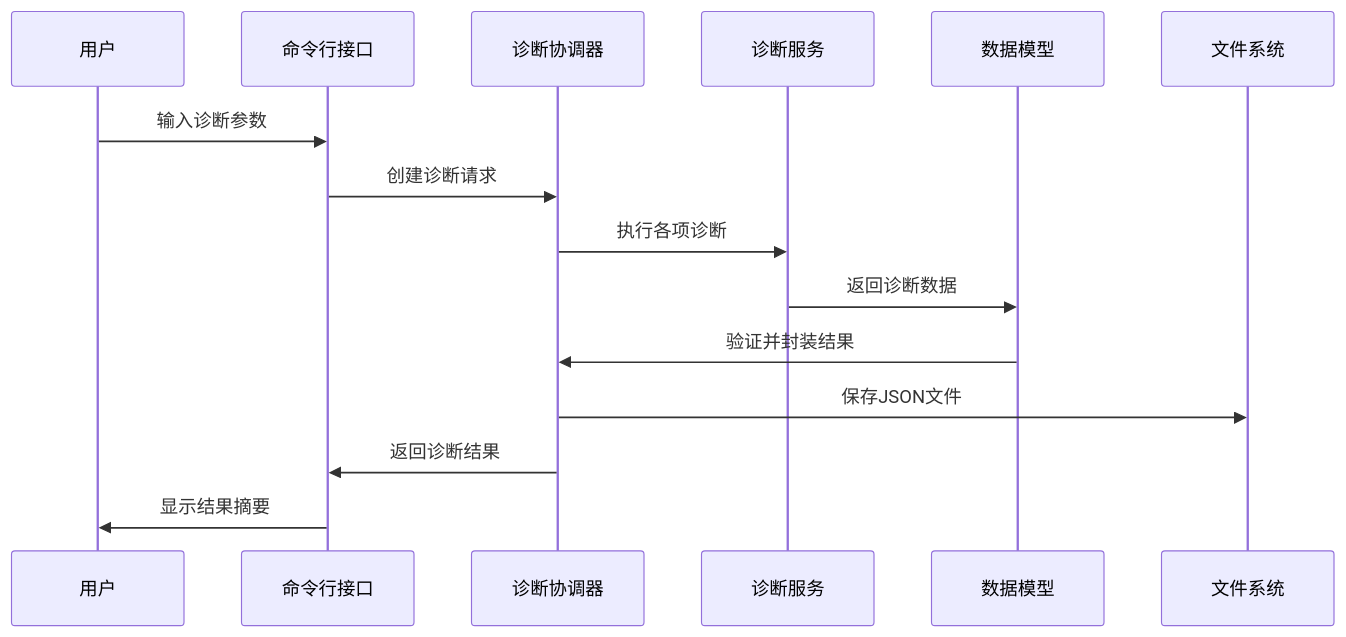
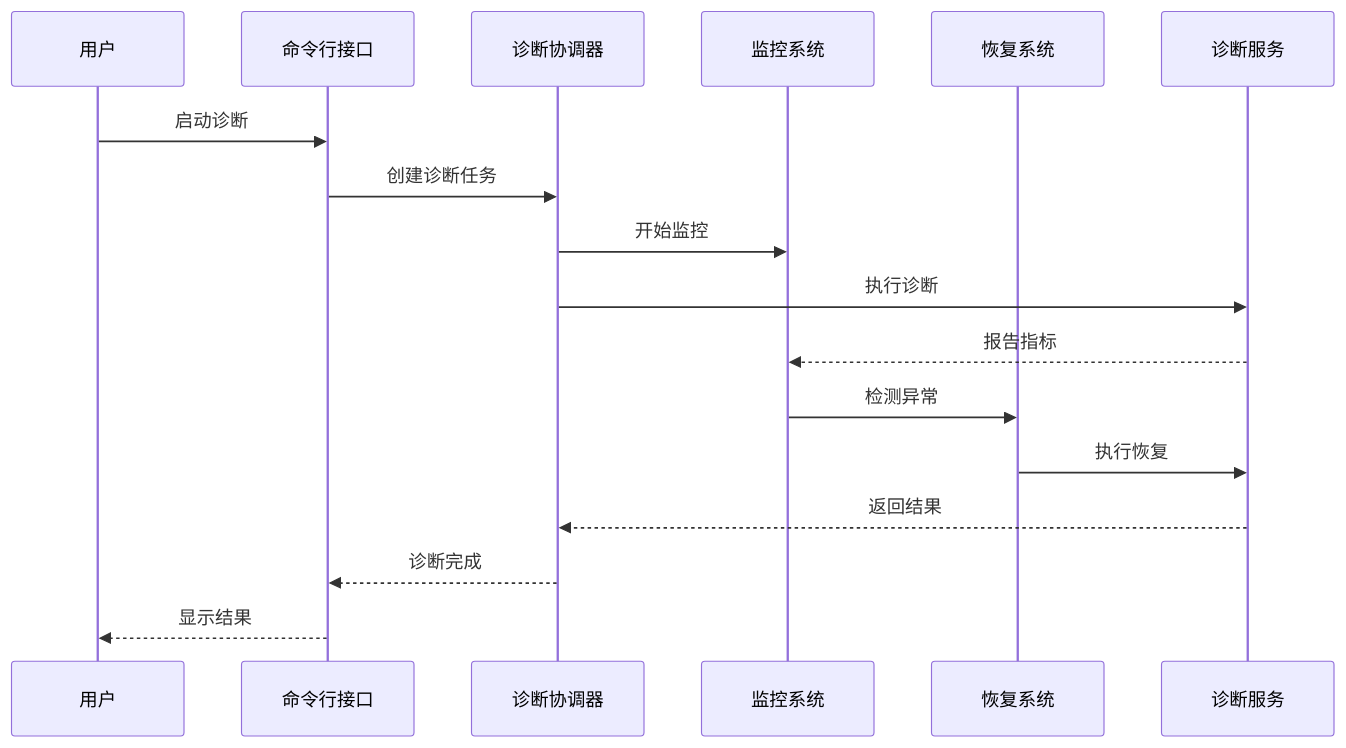
The fourth of 7 diagrams in network-diagnosis/doc/ARCHITECTURE.md (Matthewyin/probing), drawn with Mermaid before and after one commit. The commit also changed other lines of this file and 7 other files, not shown here.

````diff
--- a/network-diagnosis/doc/ARCHITECTURE.md
+++ b/network-diagnosis/doc/ARCHITECTURE.md
@@ -89,18 +363,20 @@
 ```mermaid
 sequenceDiagram
     participant User as 用户
     participant CLI as 命令行接口
-    participant Coord as 诊断协调器
+    participant Coordinator as 诊断协调器
+    participant Monitor as 监控系统
+    participant Recovery as 恢复系统
     participant Services as 诊断服务
-    participant Models as 数据模型
-    participant FS as 文件系统
     
-    User->>CLI: 输入诊断参数
-    CLI->>Coord: 创建诊断请求
-    Coord->>Services: 执行各项诊断
-    Services->>Models: 返回诊断数据
-    Models->>Coord: 验证并封装结果
-    Coord->>FS: 保存JSON文件
-    Coord->>CLI: 返回诊断结果
-    CLI->>User: 显示结果摘要
+    User->>CLI: 启动诊断
+    CLI->>Coordinator: 创建诊断任务
+    Coordinator->>Monitor: 开始监控
+    Coordinator->>Services: 执行诊断
+    Services-->>Monitor: 报告指标
+    Monitor->>Recovery: 检测异常
+    Recovery->>Services: 执行恢复
+    Services-->>Coordinator: 返回结果
+    Coordinator-->>CLI: 诊断完成
+    CLI-->>User: 显示结果
 ```
````
